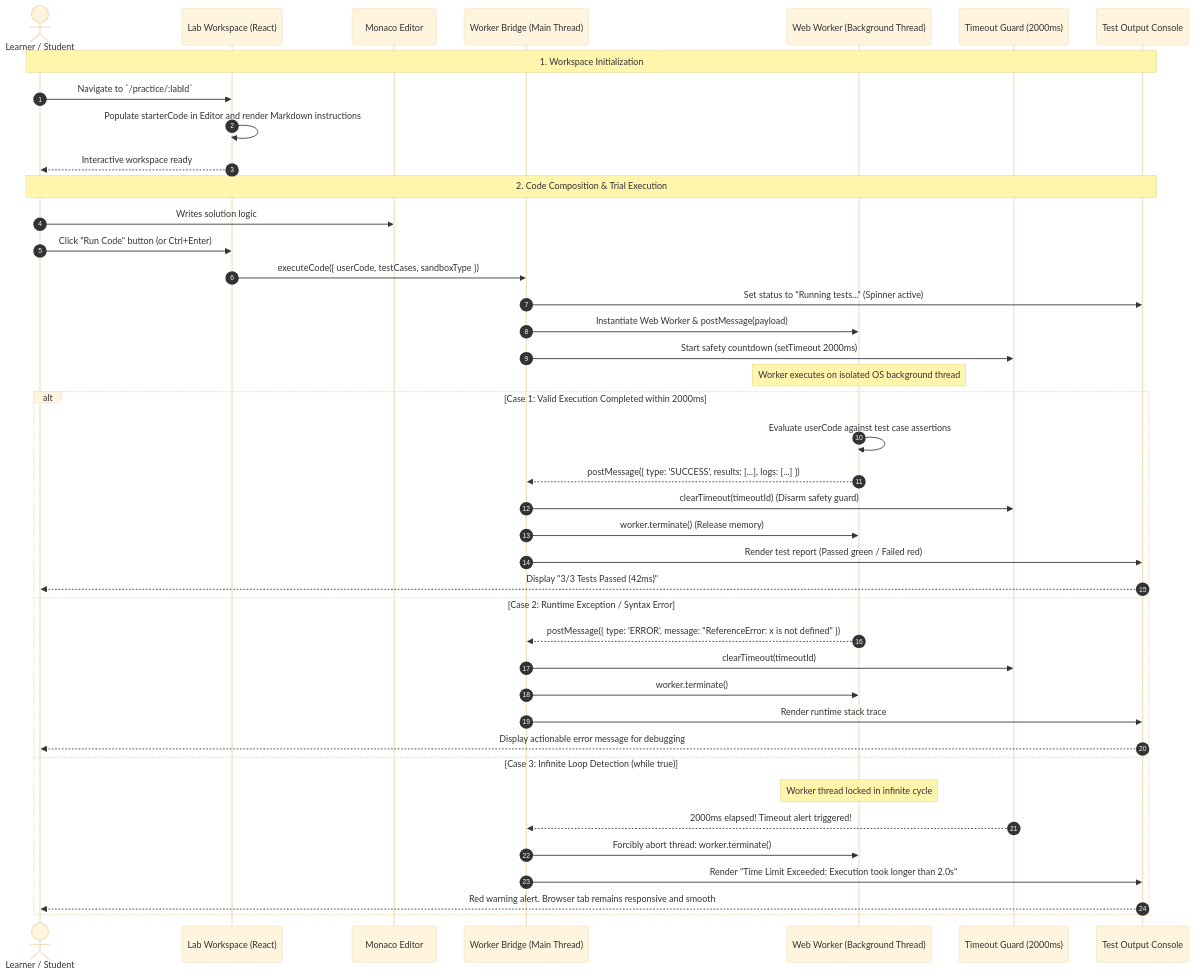
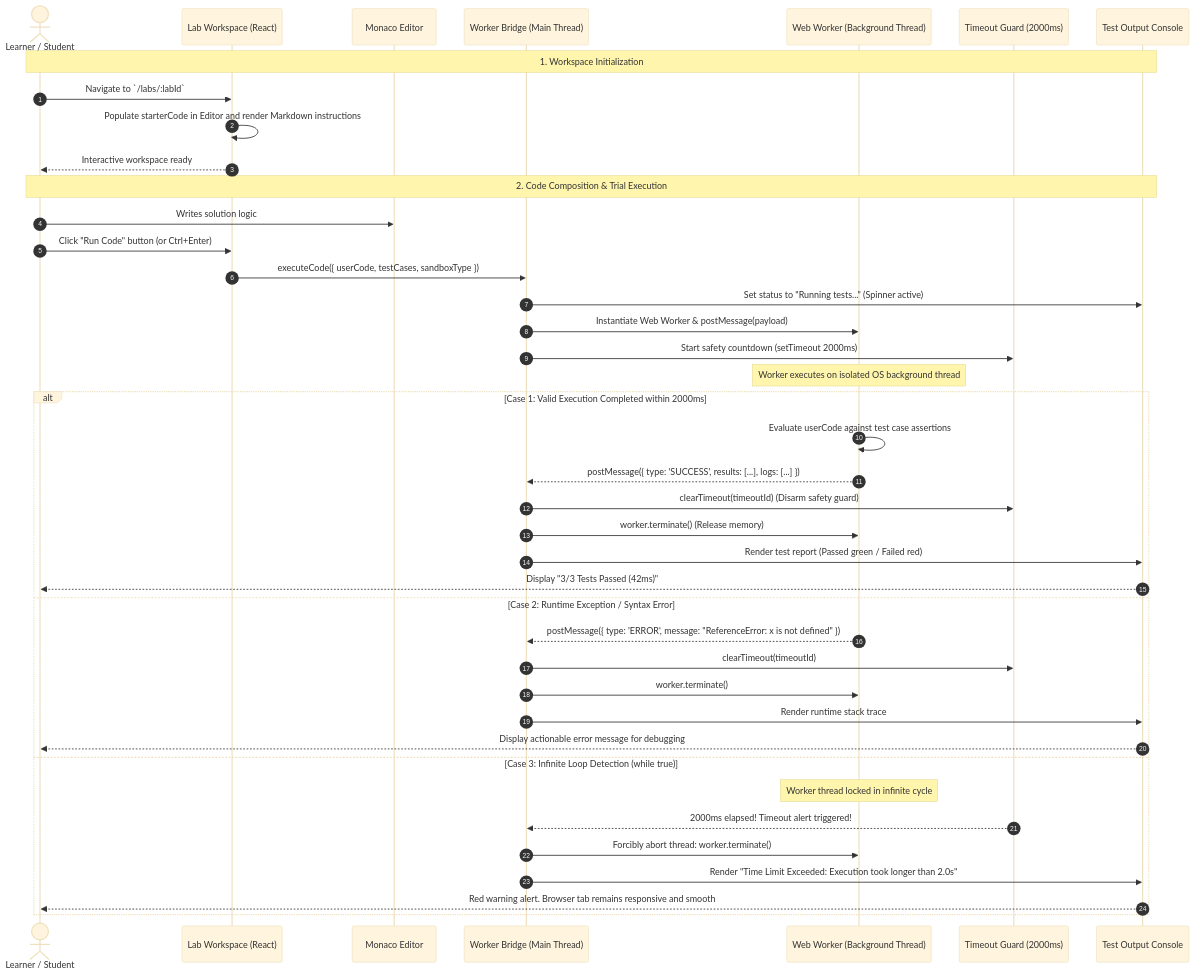
One commit to NguyenKhanhDuy2703/project_education changed the diagram in docs/workflows/03-lab-practice-webworker.md. Above: the diagram before and after it, drawn with Mermaid (base theme). The commit also changed other lines of this file and 284 other files, not shown here.

Commit message:
docs: refresh architecture and workflow guidance

````diff
--- a/docs/workflows/03-lab-practice-webworker.md
+++ b/docs/workflows/03-lab-practice-webworker.md
@@ -62,47 +62,47 @@
 ```mermaid
 sequenceDiagram
     autonumber
     actor User as Learner / Student
     participant UI as Lab Workspace (React)
     participant Editor as Monaco Editor
     participant Bridge as Worker Bridge (Main Thread)
     participant Worker as Web Worker (Background Thread)
     participant Guard as Timeout Guard (2000ms)
     participant Console as Test Output Console
 
     Note over User, Console: 1. Workspace Initialization
-    User->>UI: Navigate to `/practice/:labId`
+    User->>UI: Navigate to `/labs/:labId`
     UI->>UI: Populate starterCode in Editor and render Markdown instructions
     UI-->>User: Interactive workspace ready
     
     Note over User, Console: 2. Code Composition & Trial Execution
     User->>Editor: Writes solution logic
     User->>UI: Click "Run Code" button (or Ctrl+Enter)
     UI->>Bridge: executeCode({ userCode, testCases, sandboxType })
     Bridge->>Console: Set status to "Running tests..." (Spinner active)
     Bridge->>Worker: Instantiate Web Worker & postMessage(payload)
     Bridge->>Guard: Start safety countdown (setTimeout 2000ms)
 
     Note over Worker: Worker executes on isolated OS background thread
 
     alt Case 1: Valid Execution Completed within 2000ms
         Worker->>Worker: Evaluate userCode against test case assertions
         Worker-->>Bridge: postMessage({ type: 'SUCCESS', results: [...], logs: [...] })
         Bridge->>Guard: clearTimeout(timeoutId) (Disarm safety guard)
         Bridge->>Worker: worker.terminate() (Release memory)
         Bridge->>Console: Render test report (Passed green / Failed red)
         Console-->>User: Display "3/3 Tests Passed (42ms)"
     else Case 2: Runtime Exception / Syntax Error
         Worker-->>Bridge: postMessage({ type: 'ERROR', message: "ReferenceError: x is not defined" })
         Bridge->>Guard: clearTimeout(timeoutId)
         Bridge->>Worker: worker.terminate()
         Bridge->>Console: Render runtime stack trace
         Console-->>User: Display actionable error message for debugging
     else Case 3: Infinite Loop Detection (while true)
         Note over Worker: Worker thread locked in infinite cycle
         Guard-->>Bridge: 2000ms elapsed! Timeout alert triggered!
         Bridge->>Worker: Forcibly abort thread: worker.terminate()
         Bridge->>Console: Render "Time Limit Exceeded: Execution took longer than 2.0s"
         Console-->>User: Red warning alert. Browser tab remains responsive and smooth
     end
 ```
````
